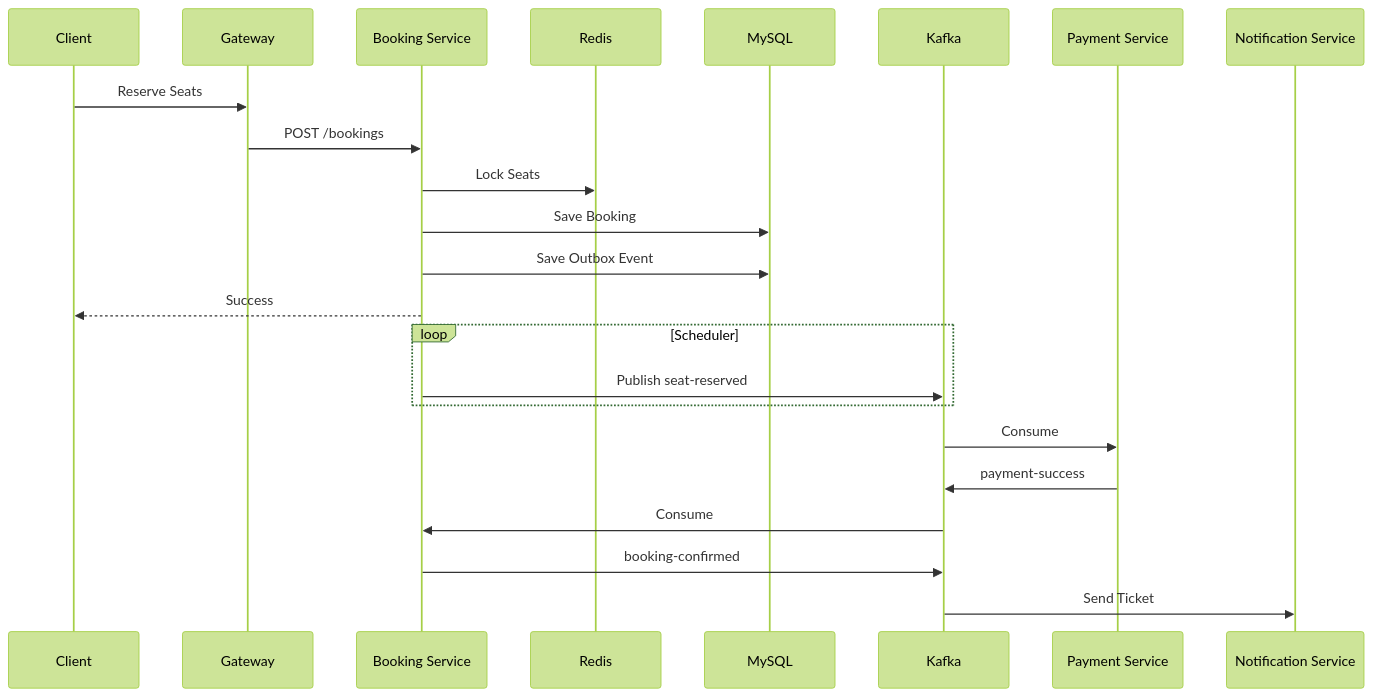
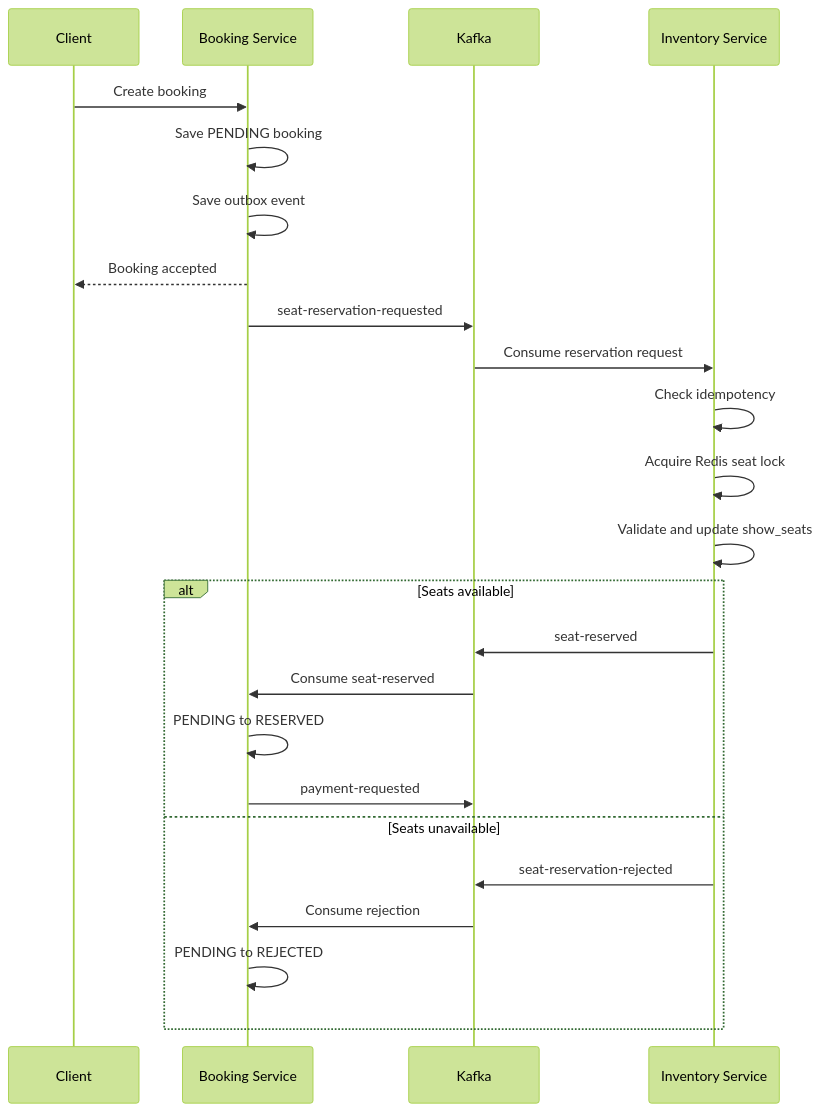
The second of 2 diagrams in README.md (HuyKunNe/cinema-system), drawn with Mermaid (forest theme) before and after one commit. The commit also changed other lines of this file and 8 other files, not shown here.

````diff
--- a/README.md
+++ b/README.md
@@ -159,31 +224,30 @@
 ```mermaid
 sequenceDiagram
+    participant Client
+    participant Booking as Booking Service
+    participant Kafka
+    participant Inventory as Inventory Service
 
-Client->>Gateway: Reserve Seats
+    Client->>Booking: Create booking
+    Booking->>Booking: Save PENDING booking
+    Booking->>Booking: Save outbox event
+    Booking-->>Client: Booking accepted
 
-Gateway->>Booking Service: POST /bookings
+    Booking->>Kafka: seat-reservation-requested
+    Kafka->>Inventory: Consume reservation request
 
-Booking Service->>Redis: Lock Seats
+    Inventory->>Inventory: Check idempotency
+    Inventory->>Inventory: Acquire Redis seat lock
+    Inventory->>Inventory: Validate and update show_seats
 
-Booking Service->>MySQL: Save Booking
-
-Booking Service->>MySQL: Save Outbox Event
-
-Booking Service-->>Client: Success
-
-loop Scheduler
-
-Booking Service->>Kafka: Publish seat-reserved
-
-end
-
-Kafka->>Payment Service: Consume
-
-Payment Service->>Kafka: payment-success
-
-Kafka->>Booking Service: Consume
-
-Booking Service->>Kafka: booking-confirmed
-
-Kafka->>Notification Service: Send Ticket
+    alt Seats available
+        Inventory->>Kafka: seat-reserved
+        Kafka->>Booking: Consume seat-reserved
+        Booking->>Booking: PENDING to RESERVED
+        Booking->>Kafka: payment-requested
+    else Seats unavailable
+        Inventory->>Kafka: seat-reservation-rejected
+        Kafka->>Booking: Consume rejection
+        Booking->>Booking: PENDING to REJECTED
+    end
 ```
````
